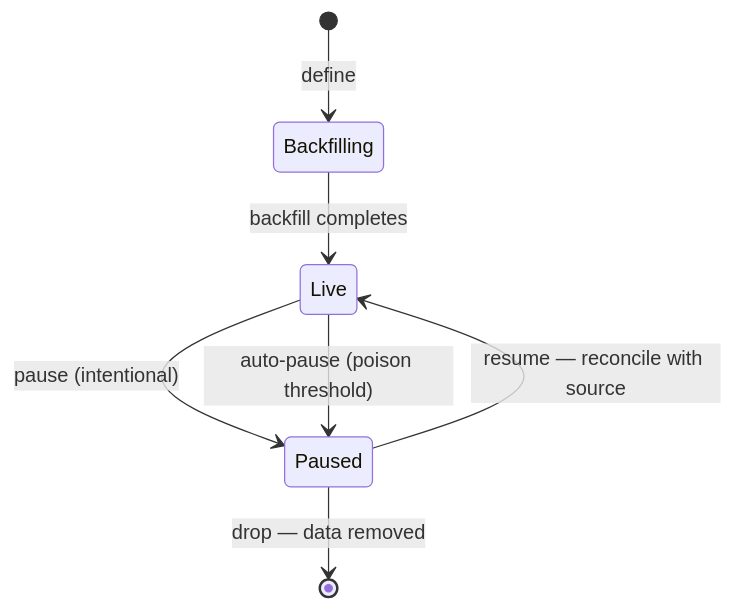
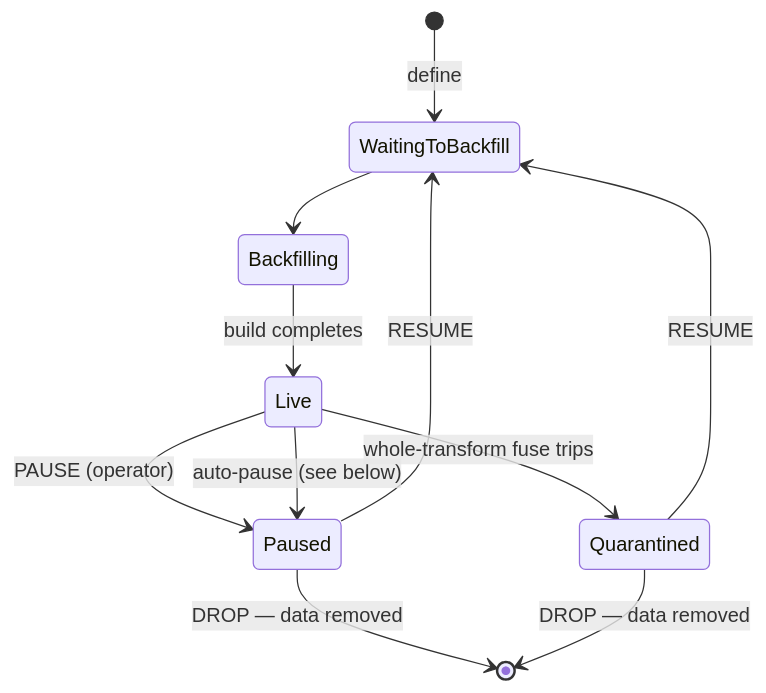
One commit to mmmries/trellis changed the diagram in docs/decisions/0014-pause-and-drop-a-transform.md. Above: the diagram before and after it, drawn with Mermaid. The commit also changed other lines of this file and 34 other files, not shown here.

````diff
--- a/docs/decisions/0014-pause-and-drop-a-transform.md
+++ b/docs/decisions/0014-pause-and-drop-a-transform.md
@@ -17,9 +16,13 @@
 ```mermaid
 stateDiagram-v2
-    [*] --> Backfilling: define
-    Backfilling --> Live: backfill completes
-    Live --> Paused: pause (intentional)
-    Live --> Paused: auto-pause (poison threshold)
-    Paused --> Live: resume — reconcile with source
-    Paused --> [*]: drop — data removed
+    [*] --> WaitingToBackfill: define
+    WaitingToBackfill --> Backfilling
+    Backfilling --> Live: build completes
+    Live --> Paused: PAUSE (operator)
+    Live --> Paused: auto-pause (see below)
+    Live --> Quarantined: whole-transform fuse trips
+    Paused --> WaitingToBackfill: RESUME
+    Quarantined --> WaitingToBackfill: RESUME
+    Paused --> [*]: DROP — data removed
+    Quarantined --> [*]: DROP — data removed
 ```
````
